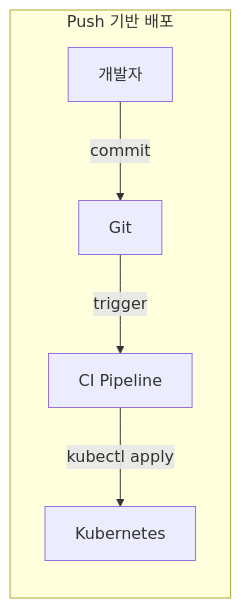
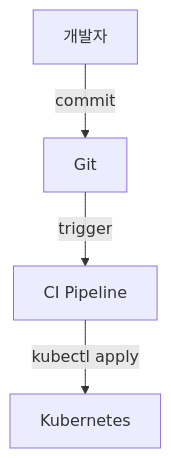
One commit to K-Diger/k-diger.github.io changed the first of 12 diagrams in _posts/2026-01-14-kubernetes-24-argocd.md. Above: the diagram before and after it, drawn with Mermaid. The commit also changed other lines of this file and 13 other files, not shown here.

````diff
--- a/_posts/2026-01-14-kubernetes-24-argocd.md
+++ b/_posts/2026-01-14-kubernetes-24-argocd.md
@@ -28,8 +28,11 @@
 ```mermaid
-flowchart LR
-    subgraph "Push 기반 배포"
-        DEV[개발자] -->|commit| GIT[Git]
-        GIT -->|trigger| CI[CI Pipeline]
-        CI -->|kubectl apply| K8S[Kubernetes]
-    end
+flowchart TB
+    DEV[개발자]
+    GIT[Git]
+    CI[CI Pipeline]
+    K8S[Kubernetes]
+
+    DEV -->|commit| GIT
+    GIT -->|trigger| CI
+    CI -->|kubectl apply| K8S
 ```
````
